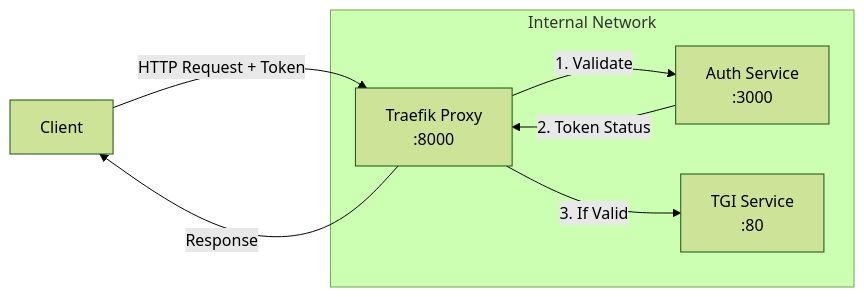
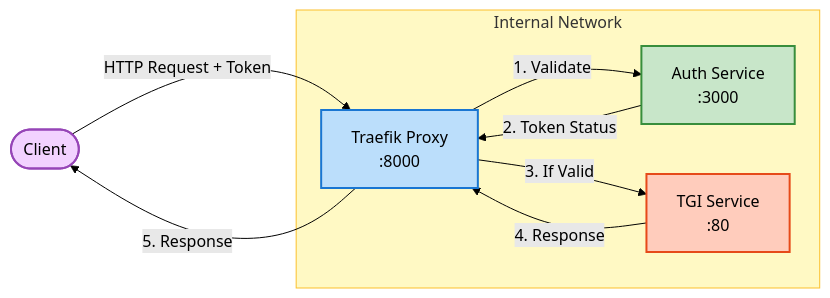
One commit to rahulunair/xpu_tgi changed the diagram in Readme.md. Above: the diagram before and after it, drawn with Mermaid (forest theme). The commit also changed other lines of this file, not shown here.

Commit message:
tweak readme

````diff
--- a/Readme.md
+++ b/Readme.md
@@ -29,10 +29,33 @@
 ```mermaid
 graph LR
-    Client[Client] -->|HTTP Request + Token| Traefik[Traefik Proxy\n:8000]
-    subgraph Internal Network
-        Traefik -->|1. Validate| Auth[Auth Service\n:3000]
+    %% Nodes
+    Client([Client])
+    Traefik[Traefik Proxy\n:8000]
+    Auth[Auth Service\n:3000]
+    TGI[TGI Service\n:80]
+    
+    %% Connections
+    Client -->|HTTP Request + Token| Traefik
+    
+    subgraph Internal["Internal Network"]
+        Traefik -->|1. Validate| Auth
         Auth -->|2. Token Status| Traefik
-        Traefik -->|3. If Valid| TGI[TGI Service\n:80]
+        Traefik -->|3. If Valid| TGI
+        TGI -->|4. Response| Traefik
     end
-    Traefik -->|Response| Client
+    
+    Traefik -->|5. Response| Client
+    
+    %% Styling
+    classDef client fill:#f2d2ff,stroke:#9645b7,stroke-width:2px
+    classDef proxy fill:#bbdefb,stroke:#1976d2,stroke-width:2px
+    classDef auth fill:#c8e6c9,stroke:#388e3c,stroke-width:2px
+    classDef tgi fill:#ffccbc,stroke:#e64a19,stroke-width:2px
+    classDef network fill:#fff9c4,stroke:#fbc02d,stroke-width:1px
+    
+    class Client client
+    class Traefik proxy
+    class Auth auth
+    class TGI tgi
+    class Internal network
 ```
````
